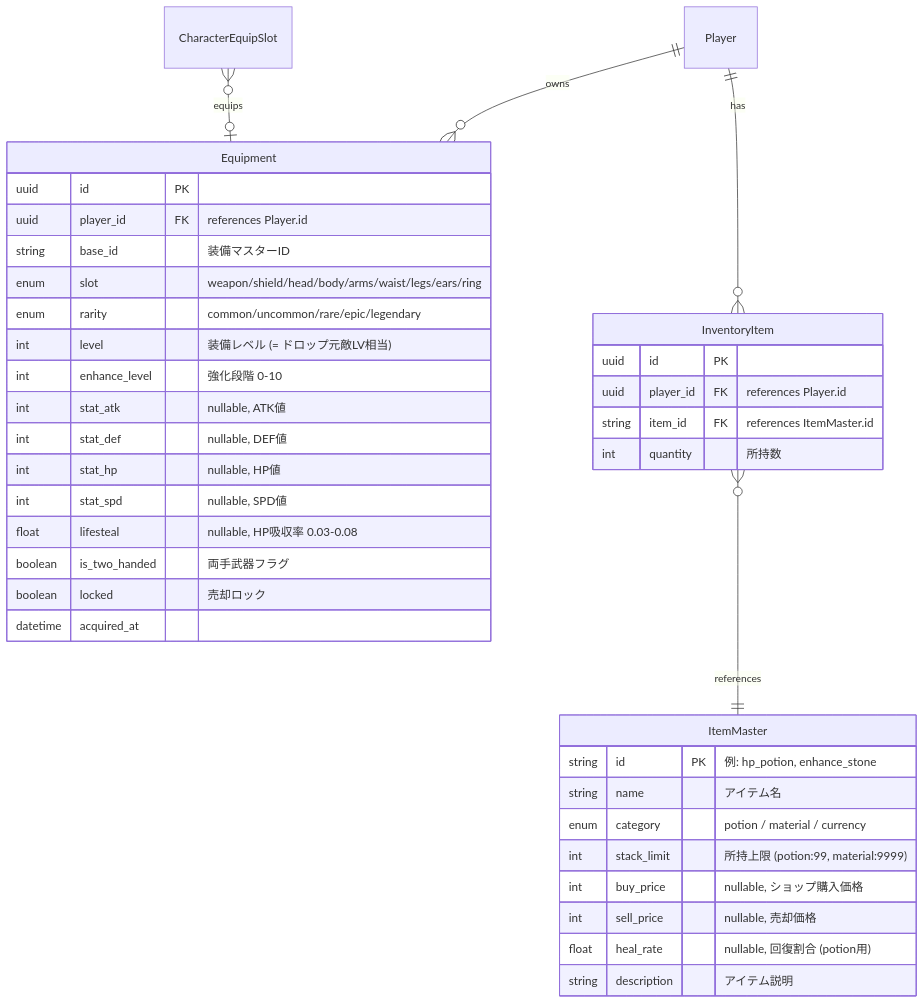
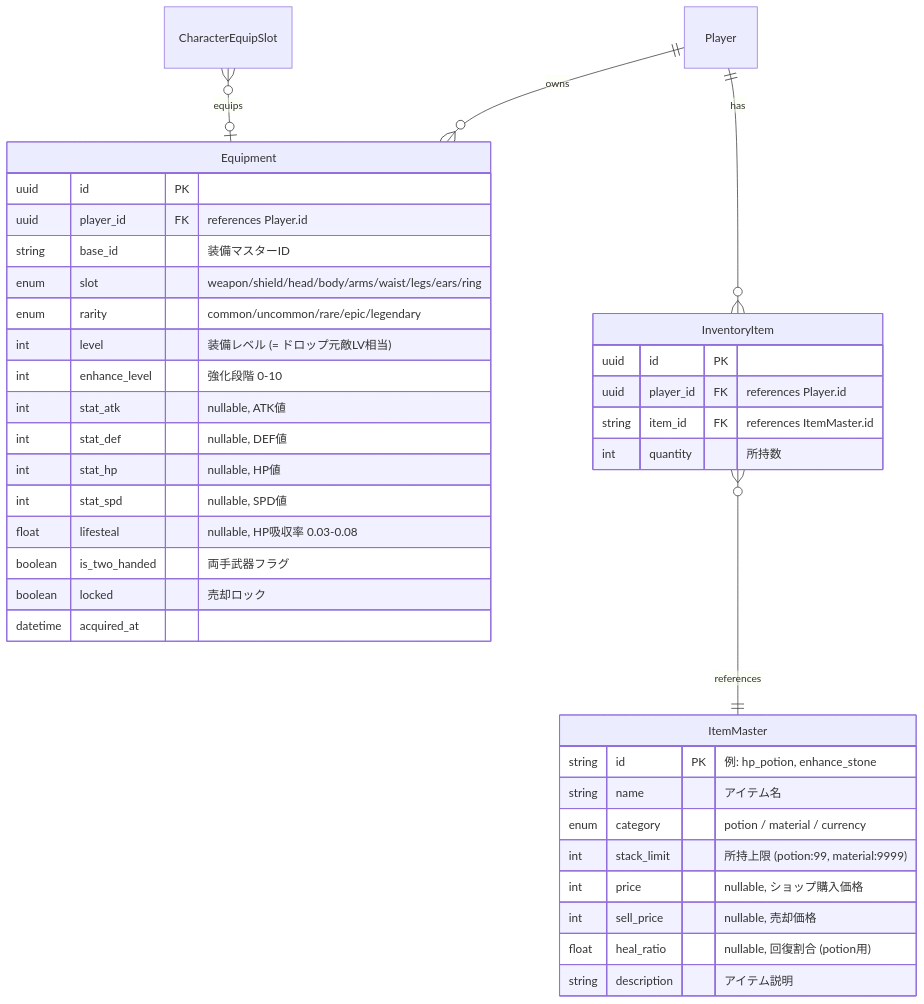
Before and after one commit to dateeee/2026_AFKGAME: the third of 6 diagrams in diagrams/er_diagram.md, drawn with Mermaid. The commit also changed other lines of this file and 34 other files, not shown here.

First line of the commit message:
docs+fix: 工程定義に基づく要件〜詳細設計の見直し — 全仕様書・設計図レビューと指摘修正

````diff
--- a/diagrams/er_diagram.md
+++ b/diagrams/er_diagram.md
@@ -173,44 +173,44 @@
 ```mermaid
 %%{init: {'theme': 'default', 'themeVariables': {'fontSize': '16px'}} }%%
 erDiagram
     Player ||--o{ Equipment : "owns"
     Player ||--o{ InventoryItem : "has"
     CharacterEquipSlot }o--o| Equipment : "equips"
     InventoryItem }o--|| ItemMaster : "references"
 
     Equipment {
         uuid id PK
         uuid player_id FK "references Player.id"
         string base_id "装備マスターID"
         enum slot "weapon/shield/head/body/arms/waist/legs/ears/ring"
         enum rarity "common/uncommon/rare/epic/legendary"
         int level "装備レベル (= ドロップ元敵LV相当)"
         int enhance_level "強化段階 0-10"
         int stat_atk "nullable, ATK値"
         int stat_def "nullable, DEF値"
         int stat_hp "nullable, HP値"
         int stat_spd "nullable, SPD値"
         float lifesteal "nullable, HP吸収率 0.03-0.08"
         boolean is_two_handed "両手武器フラグ"
         boolean locked "売却ロック"
         datetime acquired_at
     }
 
     InventoryItem {
         uuid id PK
         uuid player_id FK "references Player.id"
         string item_id FK "references ItemMaster.id"
         int quantity "所持数"
     }
 
     ItemMaster {
         string id PK "例: hp_potion, enhance_stone"
         string name "アイテム名"
         enum category "potion / material / currency"
         int stack_limit "所持上限 (potion:99, material:9999)"
-        int buy_price "nullable, ショップ購入価格"
+        int price "nullable, ショップ購入価格"
         int sell_price "nullable, 売却価格"
-        float heal_rate "nullable, 回復割合 (potion用)"
+        float heal_ratio "nullable, 回復割合 (potion用)"
         string description "アイテム説明"
     }
 ```
````
